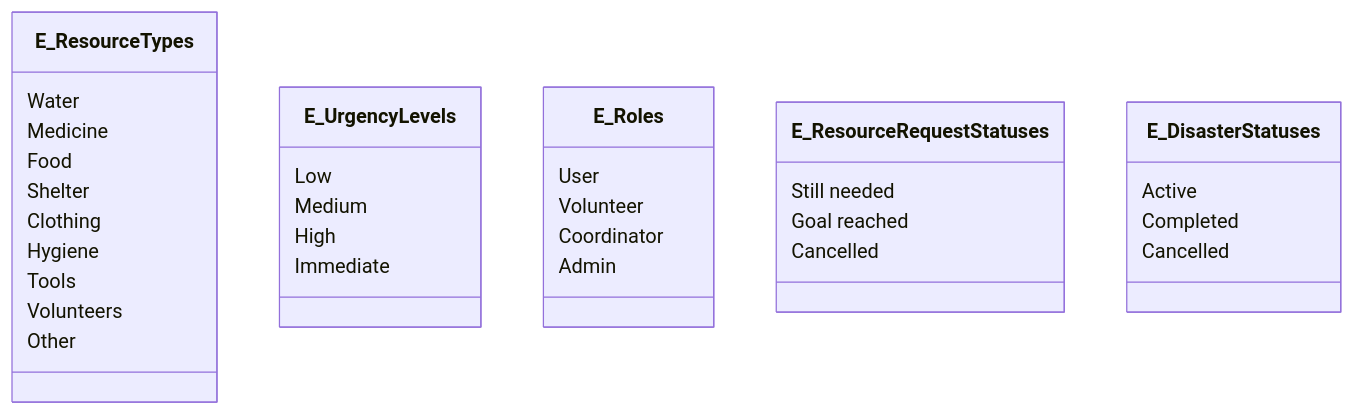
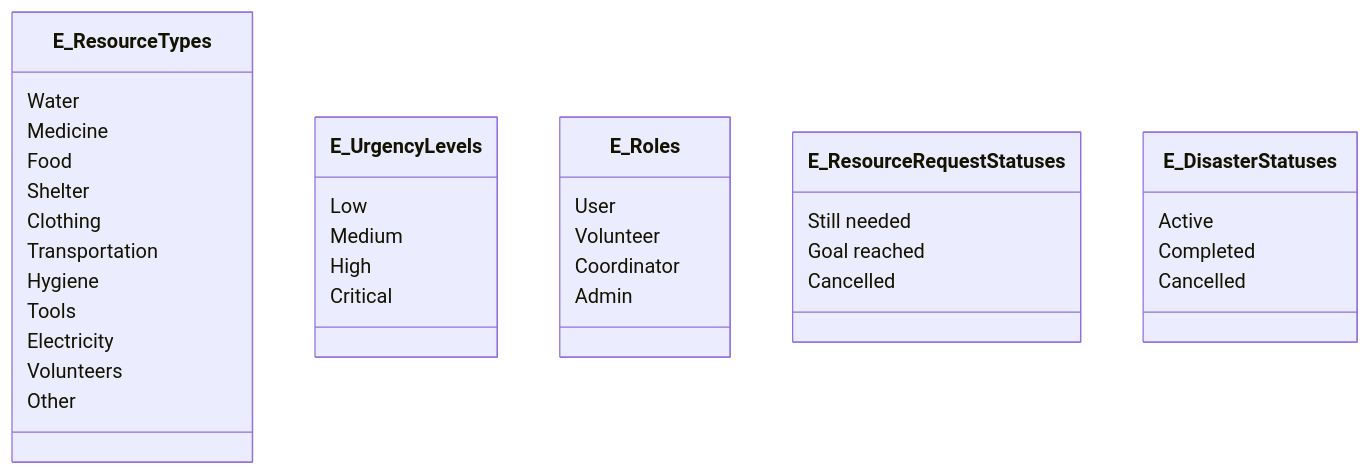
The second of 2 diagrams in docs/Class-diagrams.md (jpmono416/df-challenge-6-copy), drawn with Mermaid before and after one commit. The commit also changed 2 other files, not shown here.

Commit message:
[Docs]: Small changes to routes and data definitions

````diff
--- a/docs/Class-diagrams.md
+++ b/docs/Class-diagrams.md
@@ -55,40 +55,42 @@
 ```mermaid
 classDiagram
     class E_ResourceTypes {
         Water
         Medicine
         Food
         Shelter
         Clothing
+        Transportation
         Hygiene
         Tools
+        Electricity
         Volunteers
         Other
     }
 
     class E_UrgencyLevels {
         Low
         Medium
         High
-        Immediate
+        Critical
     }
 
     class E_Roles  {
         User
         Volunteer
         Coordinator
         Admin
     }
 
     class E_ResourceRequestStatuses {
         Still needed
         Goal reached
         Cancelled
     }
 
     class E_DisasterStatuses {
         Active
         Completed
         Cancelled
     }
 ```
````
